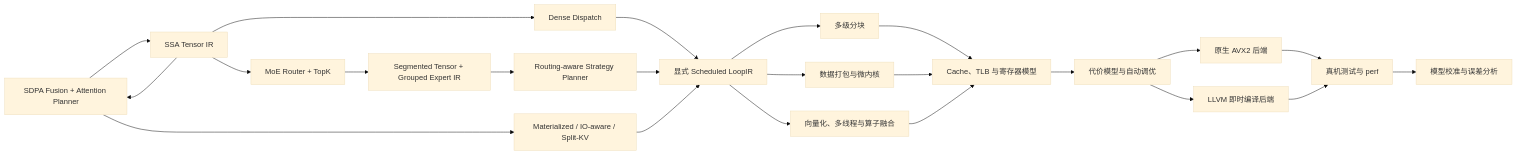
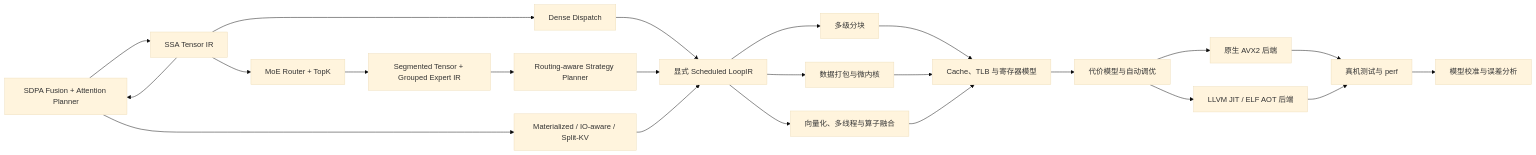
The diagram in README.zh-CN.md (BokaiGuo/SchedForge), drawn with Mermaid (base theme) before and after one commit. The commit also changed other lines of this file and 18 other files, not shown here.

````diff
--- a/README.zh-CN.md
+++ b/README.zh-CN.md
@@ -53,25 +53,25 @@
 ```mermaid
 flowchart LR
     A["张量计算图"] --> B["SSA Tensor IR"]
     B --> C["Dense Dispatch"]
     B --> R["MoE Router + TopK"]
     B --> A["SDPA Fusion + Attention Planner"]
     R --> S["Segmented Tensor + Grouped Expert IR"]
     S --> P["Routing-aware Strategy Planner"]
     C --> D["显式 Scheduled LoopIR"]
     P --> D
     A --> T["Materialized / IO-aware / Split-KV"]
     T --> D
     D --> E["多级分块"]
     D --> F["数据打包与微内核"]
     D --> G["向量化、多线程与算子融合"]
     E --> H["Cache、TLB 与寄存器模型"]
     F --> H
     G --> H
     H --> I["代价模型与自动调优"]
     I --> J["原生 AVX2 后端"]
-    I --> K["LLVM 即时编译后端"]
+    I --> K["LLVM JIT / ELF AOT 后端"]
     J --> L["真机测试与 perf"]
     K --> L
     L --> M["模型校准与误差分析"]
 ```
````
